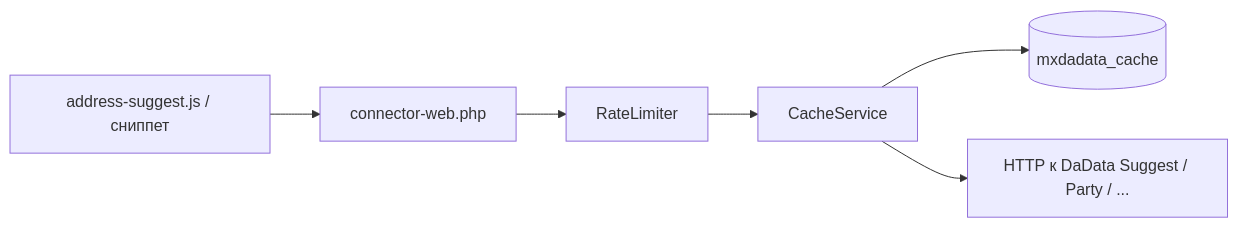
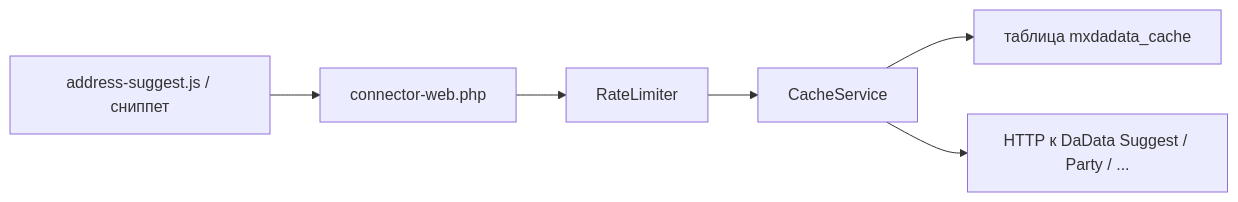
Before and after one commit to modx-pro/Docs: the first of 3 diagrams in docs/components/mxdadata/integration.md, drawn with Mermaid. The commit also changed other lines of this file and 182 other files, not shown here.

````diff
--- a/docs/components/mxdadata/integration.md
+++ b/docs/components/mxdadata/integration.md
@@ -13,8 +13,8 @@
 ```mermaid
 flowchart LR
   A[address-suggest.js / сниппет] --> B[connector-web.php]
   B --> C[RateLimiter]
   C --> D[CacheService]
-  D --> E[(mxdadata_cache)]
+  D --> E[таблица mxdadata_cache]
   D --> F[HTTP к DaData Suggest / Party / ...]
 ```
````
